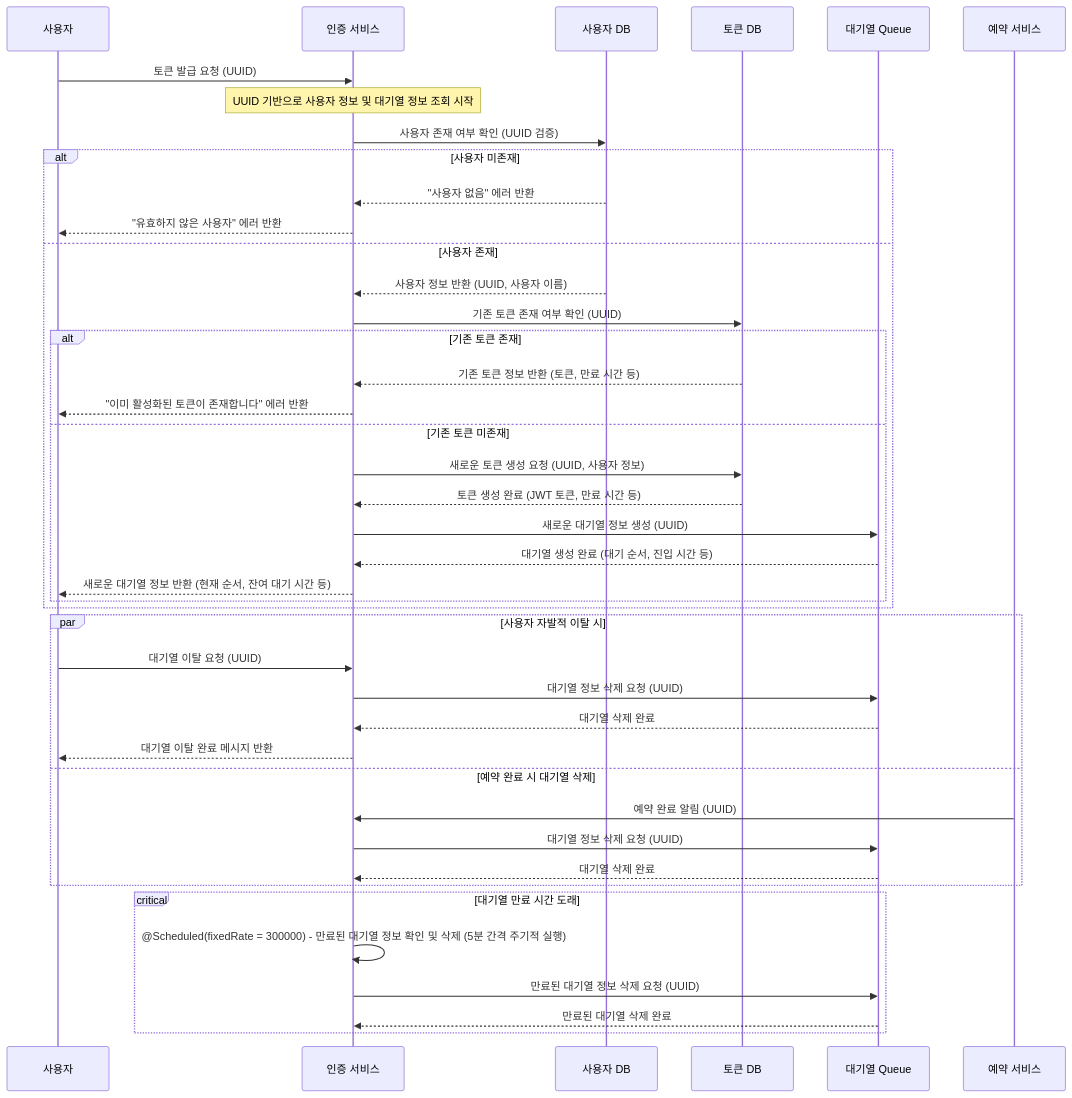
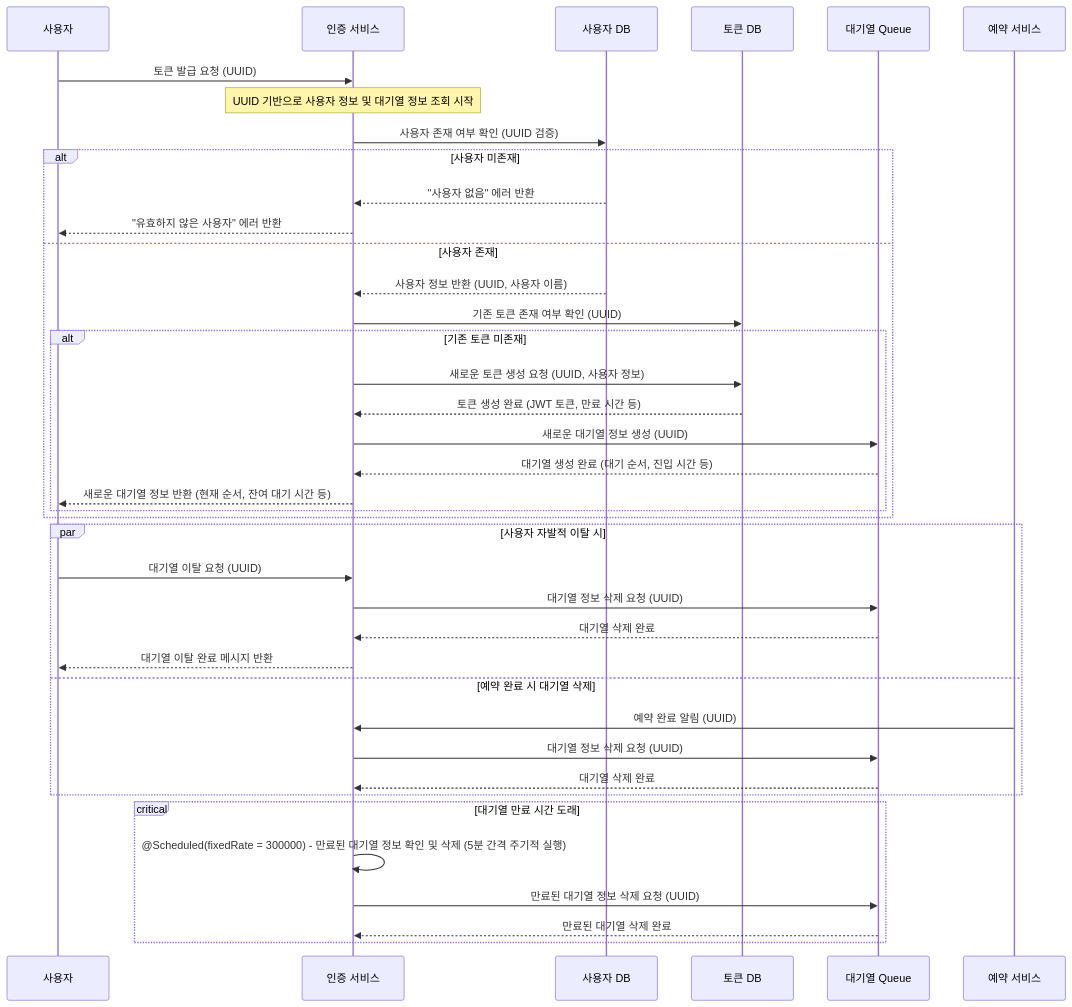
The first of 14 diagrams in README.md (SooLee99/hhplus-concert-reservation-service), drawn with Mermaid before and after one commit. The commit also changed other lines of this file, not shown here.

````diff
--- a/README.md
+++ b/README.md
@@ -15,64 +15,60 @@
 ```mermaid
     sequenceDiagram
     participant User as 사용자
     participant AuthServer as 인증 서비스
     participant UserDB as 사용자 DB
     participant TokenDB as 토큰 DB
     participant QueueDB as 대기열 Queue
     participant ReservationSystem as 예약 서비스
     
     %% 1️⃣ 사용자 대기열 토큰 발급 및 실시간 정보 조회 최적화 시퀀스
     User->>AuthServer: 토큰 발급 요청 (UUID)
     Note over AuthServer: UUID 기반으로 사용자 정보 및 대기열 정보 조회 시작
     
     %% 2️⃣ 사용자 정보 조회
     AuthServer->>UserDB: 사용자 존재 여부 확인 (UUID 검증)
     
     alt 사용자 미존재
     %% 3️⃣ 유효하지 않은 사용자일 경우
     UserDB-->>AuthServer: "사용자 없음" 에러 반환
     AuthServer-->>User: "유효하지 않은 사용자" 에러 반환
     else 사용자 존재
     %% 4️⃣ 사용자가 존재하는 경우, 사용자 정보 반환
     UserDB-->>AuthServer: 사용자 정보 반환 (UUID, 사용자 이름)
     
         %% 5️⃣ 기존 토큰 존재 여부 확인
         AuthServer->>TokenDB: 기존 토큰 존재 여부 확인 (UUID)
         
-        alt 기존 토큰 존재
-            %% 6️⃣ 기존 토큰 정보 반환 및 에러 처리
-            TokenDB-->>AuthServer: 기존 토큰 정보 반환 (토큰, 만료 시간 등)
-            AuthServer-->>User: "이미 활성화된 토큰이 존재합니다" 에러 반환
-        else 기존 토큰 미존재
+        alt 기존 토큰 미존재
             %% 7️⃣ 토큰 생성
             AuthServer->>TokenDB: 새로운 토큰 생성 요청 (UUID, 사용자 정보)
             TokenDB-->>AuthServer: 토큰 생성 완료 (JWT 토큰, 만료 시간 등)
     
             %% 11️⃣ 새로운 대기열 정보 생성
             AuthServer->>QueueDB: 새로운 대기열 정보 생성 (UUID)
             QueueDB-->>AuthServer: 대기열 생성 완료 (대기 순서, 진입 시간 등)
     
             %% 12️⃣ 사용자에게 새로운 대기열 정보 반환
             AuthServer-->>User: 새로운 대기열 정보 반환 (현재 순서, 잔여 대기 시간 등)
         end
     end
     
     %% 추가 시나리오: 대기열 토큰 삭제 시나리오
     par 사용자 자발적 이탈 시
     User->>AuthServer: 대기열 이탈 요청 (UUID)
     AuthServer->>QueueDB: 대기열 정보 삭제 요청 (UUID)
     QueueDB-->>AuthServer: 대기열 삭제 완료
     AuthServer-->>User: 대기열 이탈 완료 메시지 반환
     and 예약 완료 시 대기열 삭제
     ReservationSystem->>AuthServer: 예약 완료 알림 (UUID)
     AuthServer->>QueueDB: 대기열 정보 삭제 요청 (UUID)
     QueueDB-->>AuthServer: 대기열 삭제 완료
     end
     
     %% 추가 시나리오: 대기열 만료 시간 도래 시 대기열 삭제
     critical 대기열 만료 시간 도래
     AuthServer->>AuthServer: @Scheduled(fixedRate = 300000) - 만료된 대기열 정보 확인 및 삭제 (5분 간격 주기적 실행)
     AuthServer->>QueueDB: 만료된 대기열 정보 삭제 요청 (UUID)
     QueueDB-->>AuthServer: 만료된 대기열 삭제 완료
     end
 ```
````
